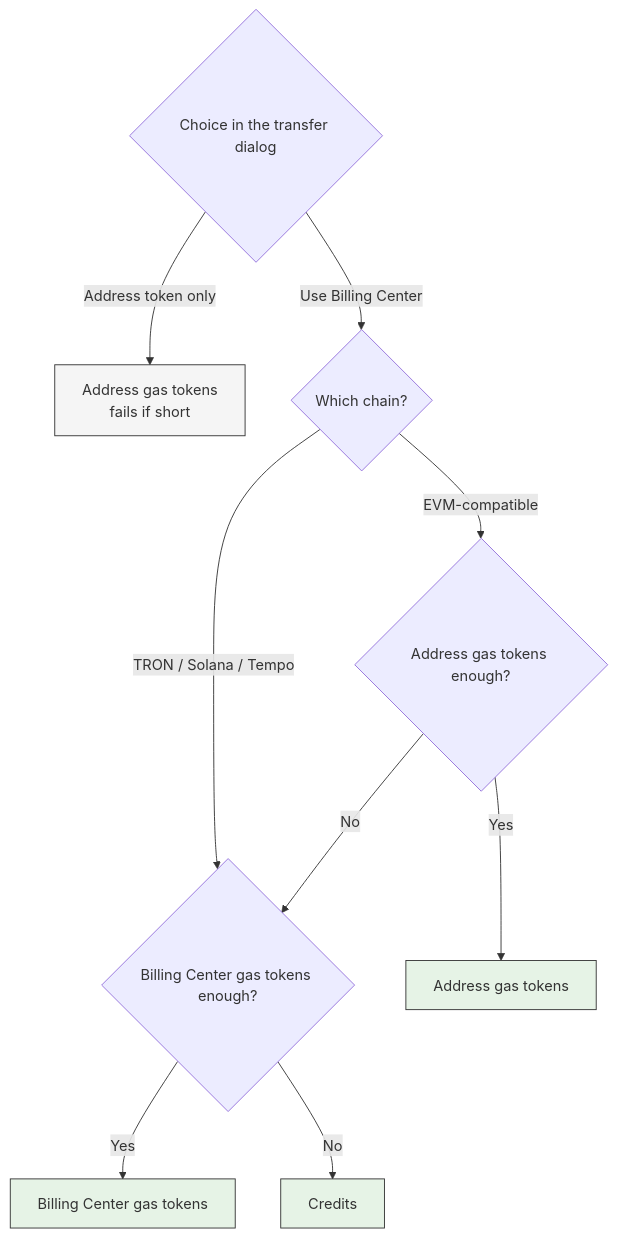
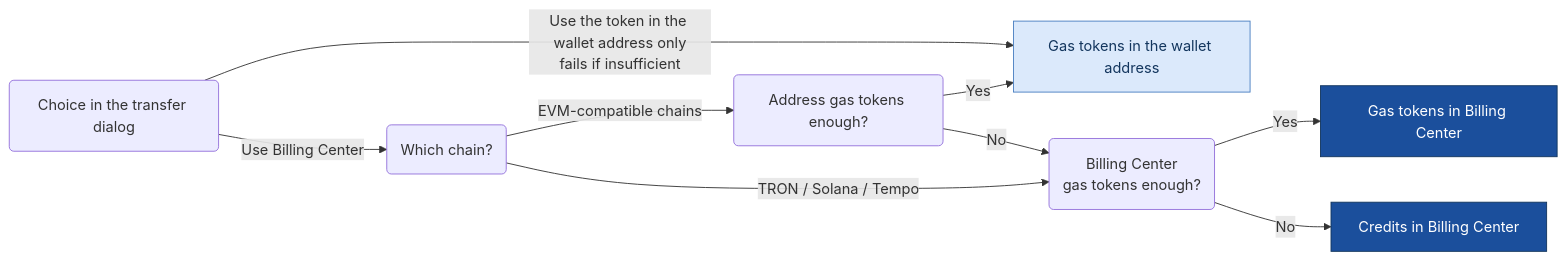
Before and after one commit to CoboGlobal/product-manual: the diagram in en/portal/billing-center/balances-and-fees.mdx, drawn with Mermaid. The commit also changed 1 other file, not shown here.

Commit message:
docs(billing-center): 按评审反馈重做 Portal 扣费判定图
参考 <@U06KPDKTSDS> 在 Slack 里画的版本调整，四处改动都针对原图的具体缺陷：

- 终点由动作改为来源（钱包地址的 Gas 代币 / 费用中心的 Gas 代币 /
  费用中心的 Credits），与开篇「链上手续费可能来自三处」逐项对应。
- 配色由「绿=成功、灰=失败」改为按付款方区分：浅色为钱包地址自己付，
  深色为费用中心付。颜色自此承载本页主题，而不是结果状态。
- 判定节点由菱形改为圆角矩形。菱形装中文会被撑开，是此前反馈「图太大、
  不好看」的主因。
- 「不够则交易失败」移至边标签，不再单独占一个节点；EVM「够」与
  「只用钱包」收敛到同一终点。

布局同时由纵向改为横向，节点与层级未变，信息无增减。

````diff
--- a/en/portal/billing-center/balances-and-fees.mdx
+++ b/en/portal/billing-center/balances-and-fees.mdx
@@ -21,15 +21,15 @@
 ```mermaid
-flowchart TD
-    B{Choice in the transfer dialog} -->|Address token only| C["Address gas tokens<br/>fails if short"]
-    B -->|Use Billing Center| D{Which chain?}
-    D -->|EVM-compatible| E{Address gas tokens enough?}
-    D -->|TRON / Solana / Tempo| F{Billing Center gas tokens enough?}
-    E -->|Yes| G[Address gas tokens]
+flowchart LR
+    B("Choice in the transfer dialog") -->|"Use the token in the wallet address only<br/>fails if insufficient"| W
+    B -->|Use Billing Center| D("Which chain?")
+    D -->|EVM-compatible chains| E("Address gas tokens enough?")
+    D -->|"TRON / Solana / Tempo"| F("Billing Center<br/>gas tokens enough?")
+    E -->|Yes| W["Gas tokens in the wallet address"]
     E -->|No| F
-    F -->|Yes| I[Billing Center gas tokens]
-    F -->|No| J[Credits]
-    style C fill:#f5f5f5,stroke:#333
-    style G fill:#e6f3e6,stroke:#333
-    style I fill:#e6f3e6,stroke:#333
-    style J fill:#e6f3e6,stroke:#333
+    F -->|Yes| G["Gas tokens in Billing Center"]
+    F -->|No| C["Credits in Billing Center"]
+    classDef wallet fill:#dbe9fb,stroke:#4a7fc1,color:#13365e
+    classDef bc fill:#1b4f9c,stroke:#13365e,color:#ffffff
+    class W wallet
+    class G,C bc
 ```
````
